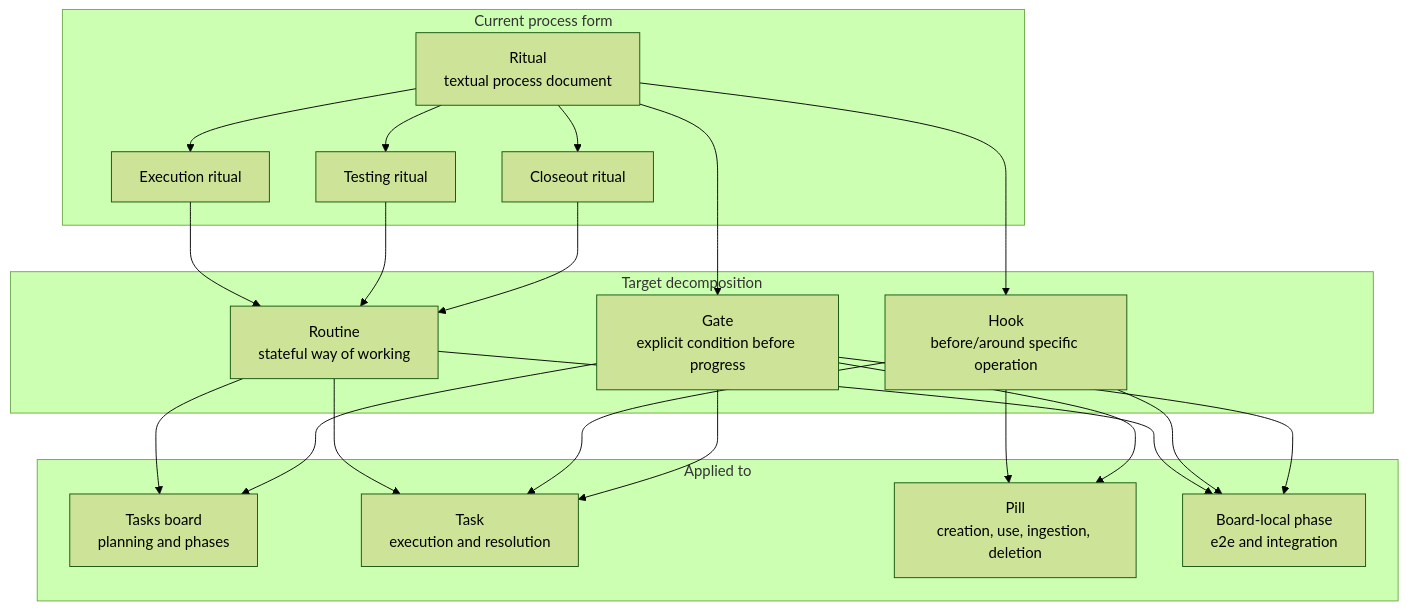
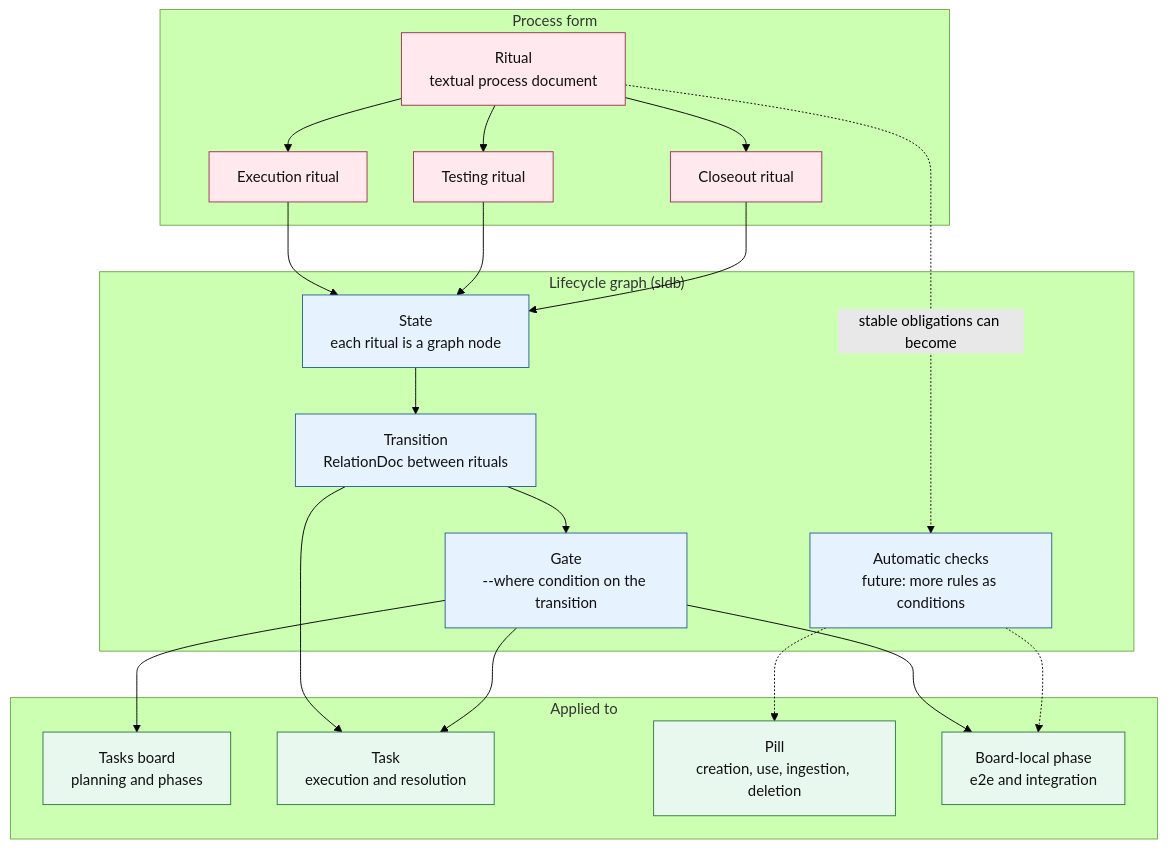
Before and after one commit to jpcosec/opsys: the diagram in docs/diagrams/process/rituals-routines-hooks-workflow.md, drawn with Mermaid (forest theme). The commit also changed other lines of this file and 493 other files, not shown here.

First line of the commit message:
feat(lifecycle): el ciclo de vida de las tasks vive en el grafo de sldb

````diff
--- a/docs/diagrams/process/rituals-routines-hooks-workflow.md
+++ b/docs/diagrams/process/rituals-routines-hooks-workflow.md
@@ -11,42 +11,47 @@
 ```mermaid
 flowchart TB
-    subgraph Current["Current process form"]
+    subgraph Current["Process form"]
         ritual["Ritual\ntextual process document"]
         execution["Execution ritual"]
         testing["Testing ritual"]
         closeout["Closeout ritual"]
     end
 
-    subgraph Decomposition["Target decomposition"]
-        routine["Routine\nstateful way of working"]
-        hook["Hook\nbefore/around specific operation"]
-        gate["Gate\nexplicit condition before progress"]
+    subgraph Graph["Lifecycle graph (sldb)"]
+        state["State\neach ritual is a graph node"]
+        transition["Transition\nRelationDoc between rituals"]
+        gate["Gate\n--where condition on the transition"]
+        future["Automatic checks\nfuture: more rules as conditions"]
     end
 
     subgraph AppliedTo["Applied to"]
         board["Tasks board\nplanning and phases"]
         task["Task\nexecution and resolution"]
         pill["Pill\ncreation, use, ingestion, deletion"]
         phase["Board-local phase\ne2e and integration"]
     end
 
     ritual --> execution
     ritual --> testing
     ritual --> closeout
-    execution --> routine
-    testing --> routine
-    closeout --> routine
-    ritual --> hook
-    ritual --> gate
+    execution --> state
+    testing --> state
+    closeout --> state
+    state --> transition
+    transition --> gate
+    ritual -.->|stable obligations can become| future
 
-    routine --> board
-    routine --> task
-    routine --> phase
-    hook --> task
-    hook --> pill
-    hook --> phase
+    transition --> task
+    gate --> task
     gate --> board
-    gate --> task
-    gate --> pill
     gate --> phase
+    future -.-> pill
+    future -.-> phase
+
+    classDef current fill:#ffe8ee,stroke:#9e3152,color:#111;
+    classDef target fill:#e7f2ff,stroke:#2a6099,color:#111;
+    classDef applied fill:#e9f8ee,stroke:#2f7a44,color:#111;
+    class ritual,execution,testing,closeout current;
+    class state,transition,gate,future target;
+    class board,task,pill,phase applied;
 ```
````
